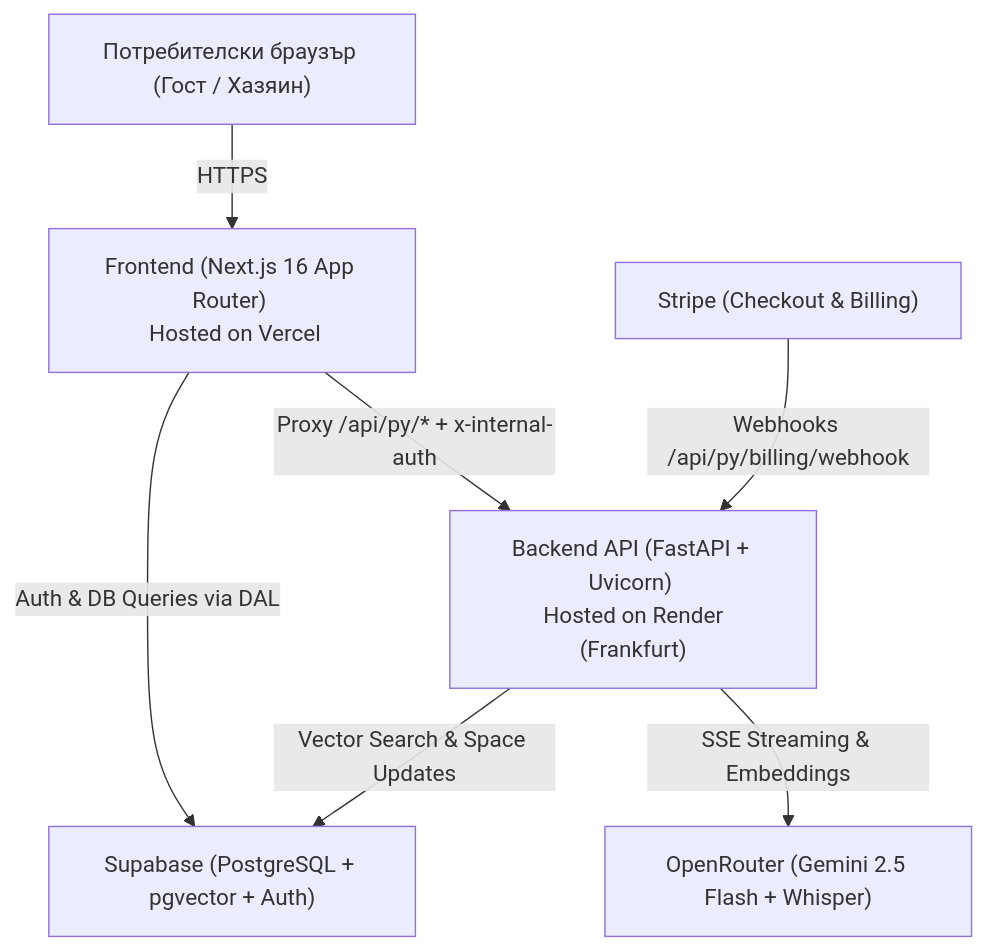
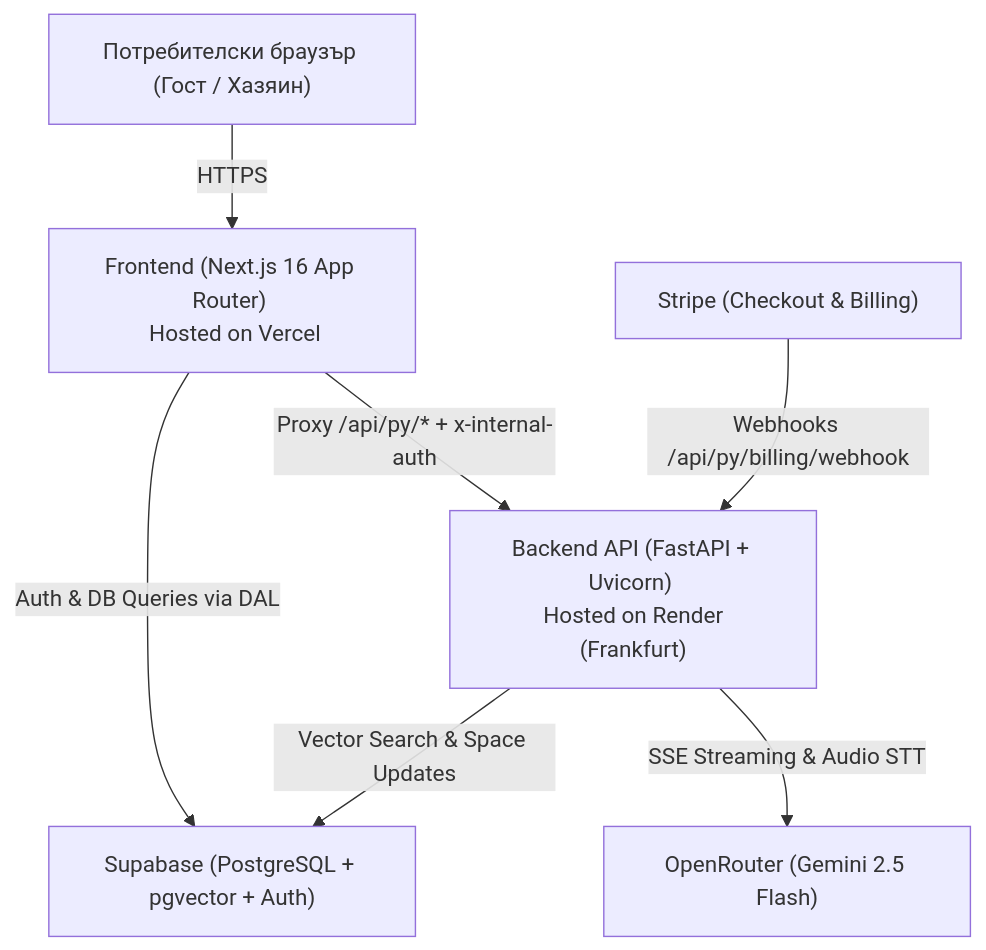
Before and after one commit to Krasimir-Hristov/SmartScan: the diagram in docs/deployment.md, drawn with Mermaid. The commit also changed other lines of this file and 5 other files, not shown here.

````diff
--- a/docs/deployment.md
+++ b/docs/deployment.md
@@ -11,9 +11,9 @@
 ```mermaid
 flowchart TD
     Client["Потребителски браузър (Гост / Хазяин)"] -->|HTTPS| Vercel["Frontend (Next.js 16 App Router) <br> Hosted on Vercel"]
     Vercel -->|Auth & DB Queries via DAL| Supabase["Supabase (PostgreSQL + pgvector + Auth)"]
     Vercel -->|Proxy /api/py/* + x-internal-auth| Render["Backend API (FastAPI + Uvicorn) <br> Hosted on Render (Frankfurt)"]
-    Render -->|SSE Streaming & Embeddings| OpenRouter["OpenRouter (Gemini 2.5 Flash + Whisper)"]
+    Render -->|SSE Streaming & Audio STT| OpenRouter["OpenRouter (Gemini 2.5 Flash)"]
     Render -->|Vector Search & Space Updates| Supabase
     Stripe["Stripe (Checkout & Billing)"] -->|Webhooks /api/py/billing/webhook| Render
 ```
````
